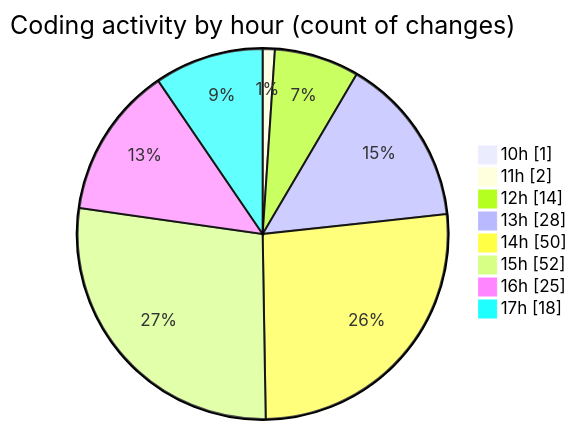
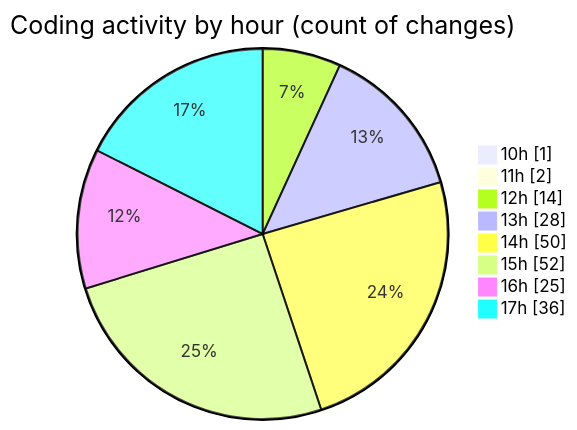
One commit to momahboobian/code-tracking changed the second of 2 diagrams in 2026-11-02/cda/README.md. Above: the diagram before and after it, drawn with Mermaid. The commit also changed other lines of this file and 1 other file, not shown here.

````diff
--- a/2026-11-02/cda/README.md
+++ b/2026-11-02/cda/README.md
@@ -89,12 +96,12 @@
 ```mermaid
 pie showData
 title Coding activity by hour (count of changes)
 "10h" : 1
 "11h" : 2
 "12h" : 14
 "13h" : 28
 "14h" : 50
 "15h" : 52
 "16h" : 25
-"17h" : 18
+"17h" : 36
 ```
````
